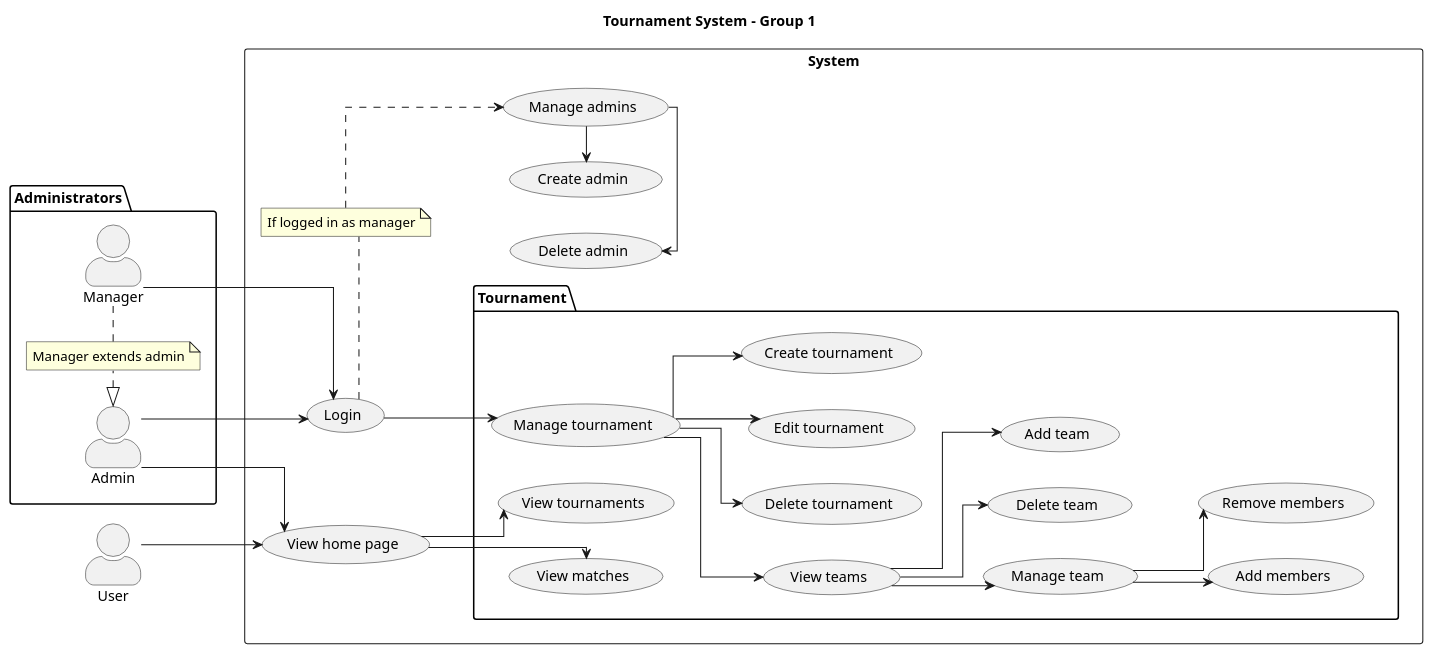
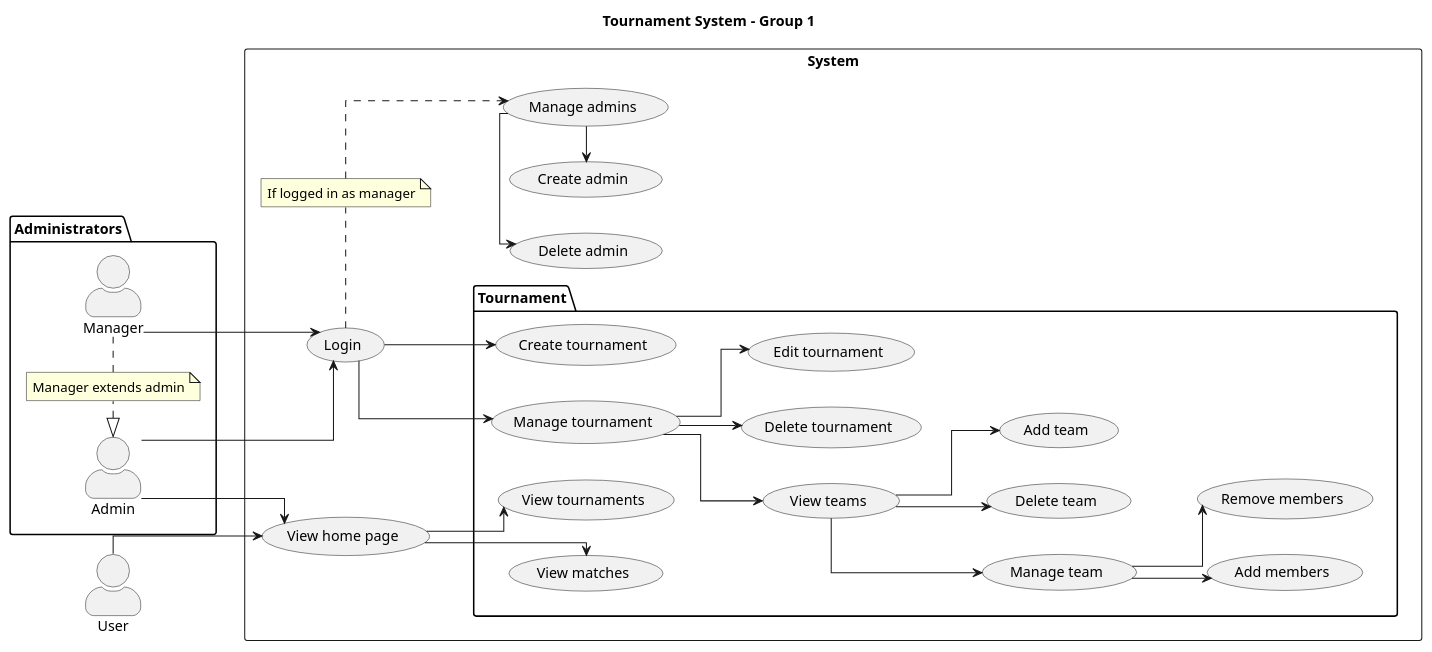
The diagram in documentation/useCaseDiagram.puml (felixalbrigtsen/asura-tmdb), drawn with PlantUML before and after one commit.

Commit message:
Revised create tournament path

```diff
--- a/documentation/useCaseDiagram.puml
+++ b/documentation/useCaseDiagram.puml
@@ -1,81 +1,81 @@
 @startuml Tournament System
 title Tournament System - Group 1 
 
 skinparam actorStyle awesome
 skinparam linetype ortho
 
 package Administrators {
     actor Manager as mgr
     actor Admin as adm
 
     note "Manager extends admin" as MgrNote
     mgr .l. MgrNote
     MgrNote .l.|> adm
 }
 
 actor User as u1
 
 left to right direction
 rectangle System {
     usecase "Login" as SysLogin
     usecase "Manage admins" as SysMngAdm
     
         usecase "Create admin" as SysCrtAdm
         usecase "Delete admin" as SysDelAdm
     
     usecase "View home page" as HomeView
     
     package Tournament {
         usecase "Manage tournament" as MngTou
+        usecase "Create tournament" as TouCreateT
         together {
-            usecase "Create tournament" as TouCreateT
             usecase "Edit tournament" as TouEdit
             usecase "Delete tournament" as TouDelete
             usecase "View teams" as TeamView
         }
         together {
             usecase "Add team" as TeamAdd
             usecase "Delete team" as TeamDel
             usecase "Manage team" as TeamMng
             usecase "Add members" as MembAdd
             usecase "Remove members" as MembDel
         }
         together {
             usecase "View tournaments" as TouVtou
             usecase "View matches" as TouVmatch
         }
     }
 
     note "If logged in as manager" as SysCrtAdmNote
     SysLogin .r. SysCrtAdmNote
     SysCrtAdmNote ..> SysMngAdm
 }
 
 mgr --> SysLogin
 
 adm --> SysLogin
 adm --> HomeView
 
 u1 --> HomeView
 
 SysLogin --> MngTou
+SysLogin --> TouCreateT
 
 SysMngAdm -l--> SysCrtAdm
 SysMngAdm -l--> SysDelAdm
 
-MngTou --> TouCreateT
 MngTou --> TouEdit
 MngTou --> TouDelete
 MngTou --> TeamView
 
 TeamView --> TeamAdd
 TeamView --> TeamDel
 TeamView --> TeamMng
 
 TeamMng --> MembAdd
 TeamMng --> MembDel
 
 
 HomeView --> TouVtou
 HomeView --> TouVmatch
 @enduml
```
